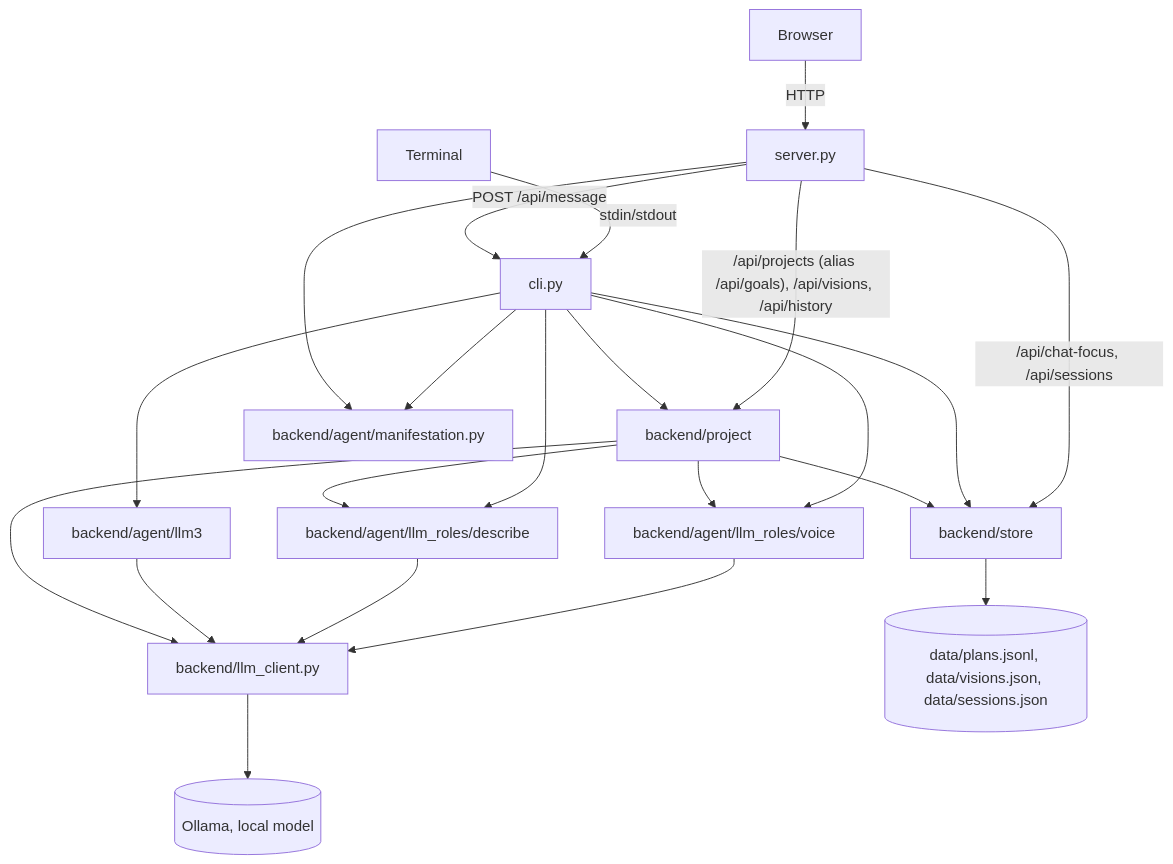
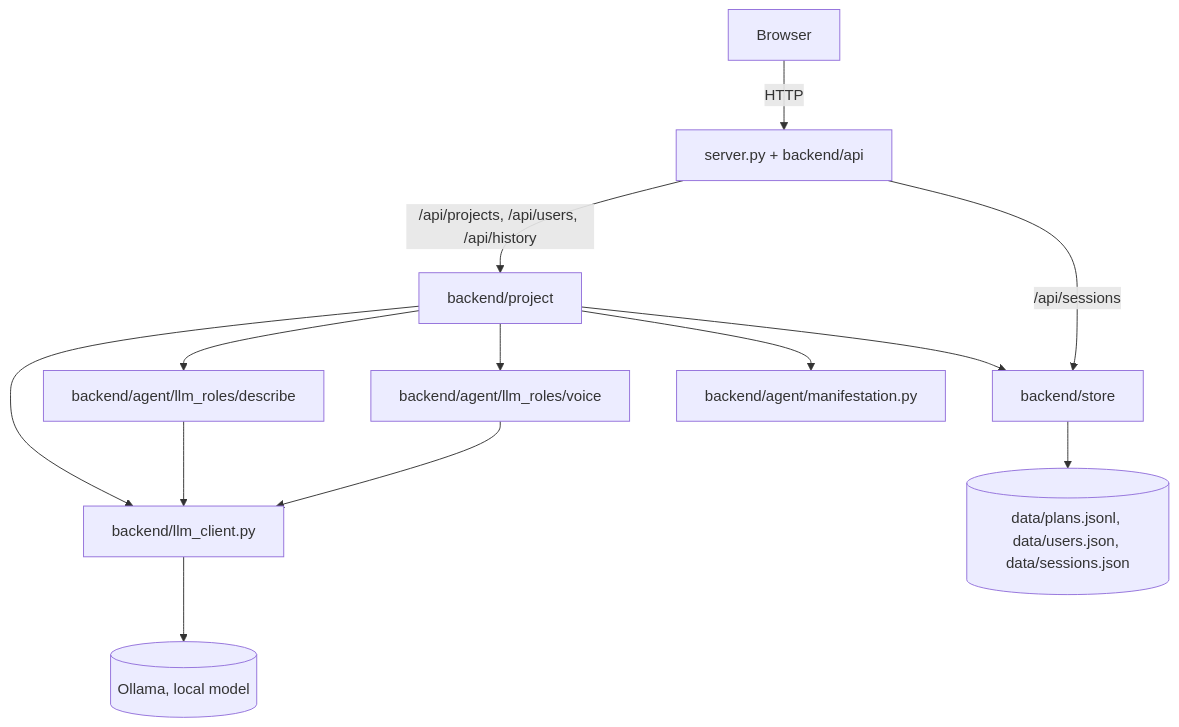
Before and after one commit to olajmn/PROJECT1: the diagram in docs/04-current-state.md, drawn with Mermaid. The commit also changed other lines of this file and 66 other files, not shown here.

````diff
--- a/docs/04-current-state.md
+++ b/docs/04-current-state.md
@@ -68,24 +67,15 @@
 ```mermaid
 graph TD
-    Browser -->|HTTP| Server["server.py"]
-    Terminal -->|stdin/stdout| CLI["cli.py"]
-    Server -->|POST /api/message| CLI
-    Server -->|"/api/projects (alias /api/goals), /api/visions, /api/history"| Planning["backend/project"]
-    Server -->|"/api/chat-focus, /api/sessions"| Store["backend/store"]
-    CLI --> N1["backend/agent/llm_roles/voice"]
-    CLI --> N2["backend/agent/llm_roles/describe"]
-    CLI --> N3["backend/agent/llm3"]
-    CLI --> Planning
-    CLI --> Store
-    CLI --> Manifestation["backend/agent/manifestation.py"]
-    Server --> Manifestation
+    Browser -->|HTTP| Server["server.py + backend/api"]
+    Server -->|"/api/projects, /api/users, /api/history"| Planning["backend/project"]
+    Server -->|"/api/sessions"| Store["backend/store"]
+    Planning --> N1["backend/agent/llm_roles/voice"]
+    Planning --> N2["backend/agent/llm_roles/describe"]
+    Planning --> Manifestation["backend/agent/manifestation.py"]
+    Planning --> Store
     N1 --> ModelBoundary["backend/llm_client.py"]
     N2 --> ModelBoundary
-    N3 --> ModelBoundary
     Planning --> ModelBoundary
-    Planning --> Store
-    Planning --> N1
-    Planning --> N2
     ModelBoundary --> Ollama[("Ollama, local model")]
-    Store --> Data[("data/plans.jsonl, data/visions.json, data/sessions.json")]
+    Store --> Data[("data/plans.jsonl, data/users.json, data/sessions.json")]
 ```
````
